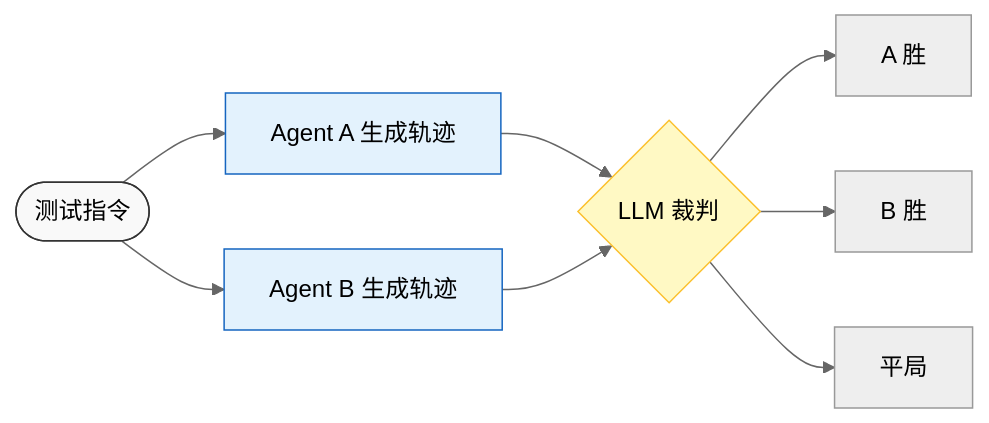
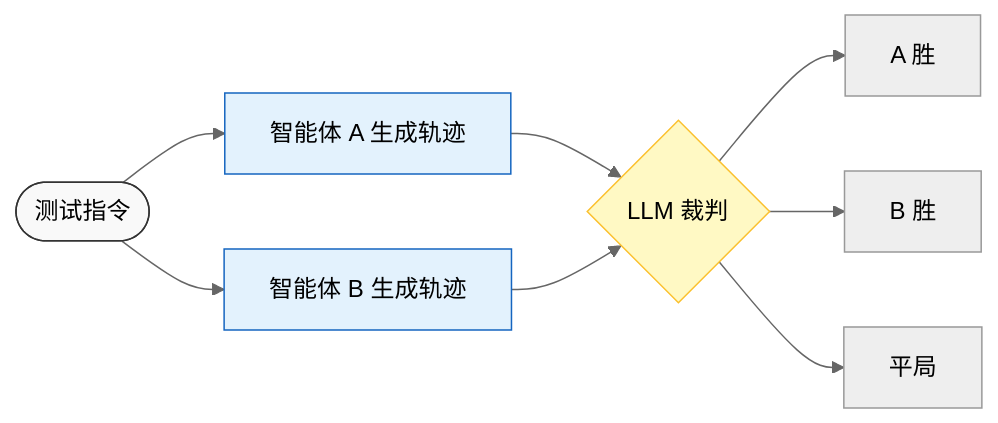
One commit to yeasy/agentic_ai_guide changed the diagram in 07_evolution/7.2_evaluation.md. Above: the diagram before and after it, drawn with Mermaid (neutral theme). The commit also changed other lines of this file and 75 other files, not shown here.

````diff
--- a/07_evolution/7.2_evaluation.md
+++ b/07_evolution/7.2_evaluation.md
@@ -118,14 +118,14 @@
 ```mermaid
 graph LR
-    Input([测试指令]) --> GenA[Agent A 生成轨迹]
-    Input --> GenB[Agent B 生成轨迹]
+    Input([测试指令]) --> GenA[智能体 A 生成轨迹]
+    Input --> GenB[智能体 B 生成轨迹]
     GenA & GenB --> Judge{LLM 裁判}
     Judge --> WinA[A 胜]
     Judge --> WinB[B 胜]
     Judge --> Tie[平局]
     
     style Input fill:#f9f9f9,stroke:#333
     style GenA fill:#e3f2fd,stroke:#1565c0
     style GenB fill:#e3f2fd,stroke:#1565c0
     style Judge fill:#fff9c4,stroke:#fbc02d
 ```
````
